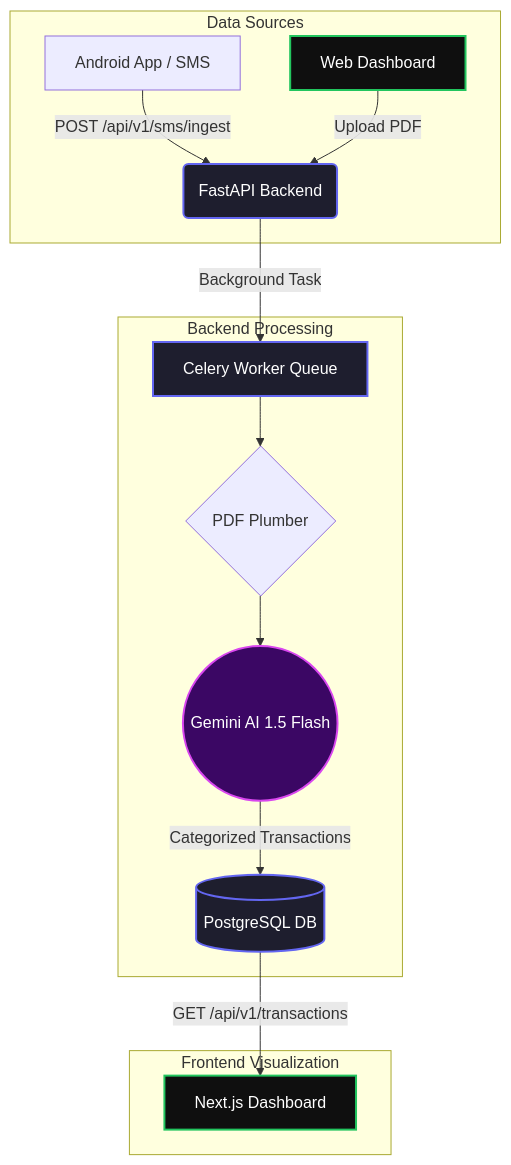
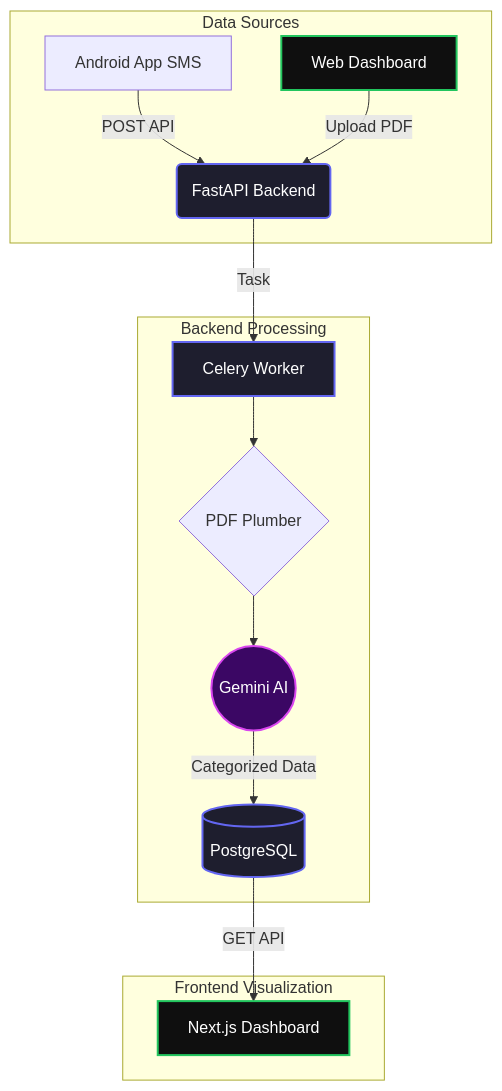
Before and after one commit to Harsh-karn/Fynlo: the diagram in README.md, drawn with Mermaid.

Commit message:
Strip quotes from mermaid diagram to fix parsing error

````diff
--- a/README.md
+++ b/README.md
@@ -35,26 +35,26 @@
 ```mermaid
 graph TD
-    subgraph DataSources ["Data Sources"]
-        A["Android App / SMS"] -->|"POST /api/v1/sms/ingest"| B("FastAPI Backend")
-        C["Web Dashboard"] -->|"Upload PDF"| B
+    subgraph DataSources [Data Sources]
+        App[Android App SMS] -->|POST API| API(FastAPI Backend)
+        Web[Web Dashboard] -->|Upload PDF| API
     end
     
-    subgraph BackendProcessing ["Backend Processing"]
-        B -->|"Background Task"| D["Celery Worker Queue"]
-        D --> E{"PDF Plumber"}
-        E --> F(("Gemini AI 1.5 Flash"))
-        F -->|"Categorized Transactions"| G[("PostgreSQL DB")]
+    subgraph BackendProcessing [Backend Processing]
+        API -->|Task| Celery[Celery Worker]
+        Celery --> PDF{PDF Plumber}
+        PDF --> AI((Gemini AI))
+        AI -->|Categorized Data| DB[(PostgreSQL)]
     end
     
-    subgraph FrontendVisualization ["Frontend Visualization"]
-        G -->|"GET /api/v1/transactions"| H["Next.js Dashboard"]
+    subgraph Frontend [Frontend Visualization]
+        DB -->|GET API| Next[Next.js Dashboard]
     end
 
     classDef backend fill:#1e1e2e,stroke:#6366f1,stroke-width:2px,color:#fff;
     classDef frontend fill:#0f0f0f,stroke:#22c55e,stroke-width:2px,color:#fff;
     classDef ai fill:#3b0764,stroke:#d946ef,stroke-width:2px,color:#fff;
     
-    class B,D,G backend;
-    class H,C frontend;
-    class F ai;
+    class API,Celery,DB backend;
+    class Next,Web frontend;
+    class AI ai;
 ```
````
